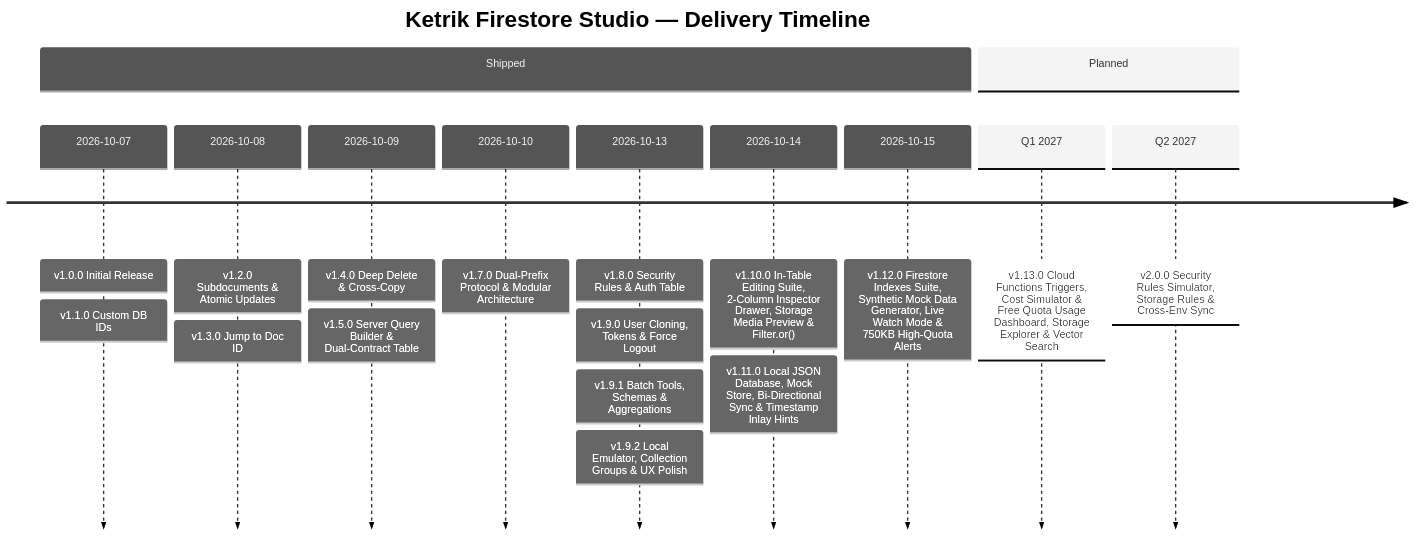
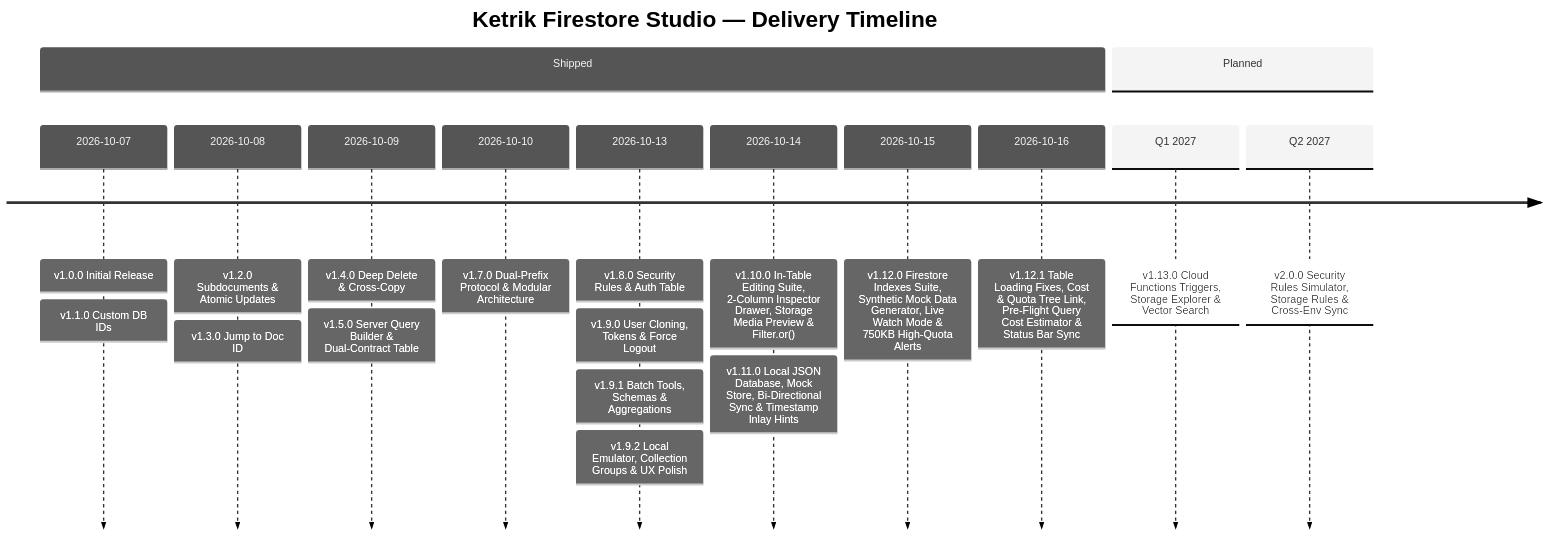
Before and after one commit to ketrik/ketrik-firestore-studio: the diagram in ROADMAP.md, drawn with Mermaid (neutral theme). The commit also changed other lines of this file and 13 other files, not shown here.

````diff
--- a/ROADMAP.md
+++ b/ROADMAP.md
@@ -5,15 +5,16 @@
 ```mermaid
 timeline
     title Ketrik Firestore Studio — Delivery Timeline
     section Shipped
         2026-10-07 : v1.0.0 Initial Release : v1.1.0 Custom DB IDs
         2026-10-08 : v1.2.0 Subdocuments & Atomic Updates : v1.3.0 Jump to Doc ID
         2026-10-09 : v1.4.0 Deep Delete & Cross-Copy : v1.5.0 Server Query Builder & Dual-Contract Table
         2026-10-10 : v1.7.0 Dual-Prefix Protocol & Modular Architecture
         2026-10-13 : v1.8.0 Security Rules & Auth Table : v1.9.0 User Cloning, Tokens & Force Logout : v1.9.1 Batch Tools, Schemas & Aggregations : v1.9.2 Local Emulator, Collection Groups & UX Polish
         2026-10-14 : v1.10.0 In-Table Editing Suite, 2-Column Inspector Drawer, Storage Media Preview & Filter.or() : v1.11.0 Local JSON Database, Mock Store, Bi-Directional Sync & Timestamp Inlay Hints
         2026-10-15 : v1.12.0 Firestore Indexes Suite, Synthetic Mock Data Generator, Live Watch Mode & 750KB High-Quota Alerts
+        2026-10-16 : v1.12.1 Table Loading Fixes, Cost & Quota Tree Link, Pre-Flight Query Cost Estimator & Status Bar Sync
     section Planned
-        Q1 2027 : v1.13.0 Cloud Functions Triggers, Cost Simulator & Free Quota Usage Dashboard, Storage Explorer & Vector Search
+        Q1 2027 : v1.13.0 Cloud Functions Triggers, Storage Explorer & Vector Search
         Q2 2027 : v2.0.0 Security Rules Simulator, Storage Rules & Cross-Env Sync
 ```
````
